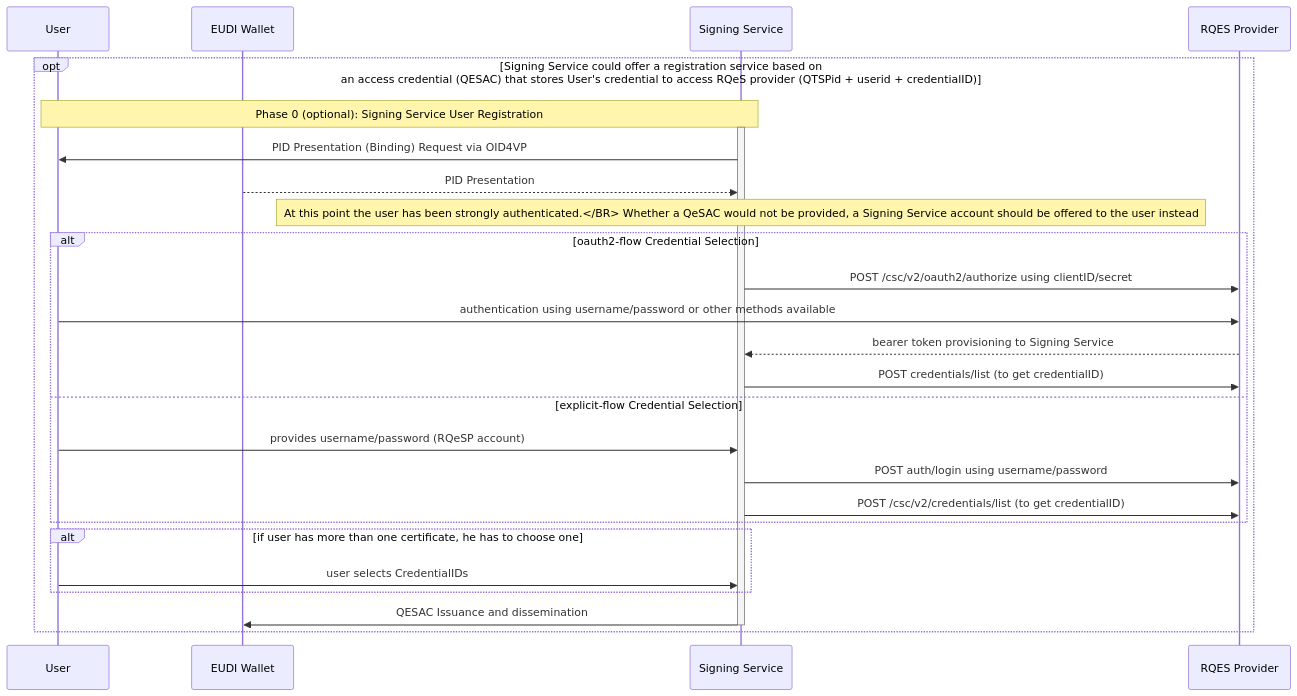
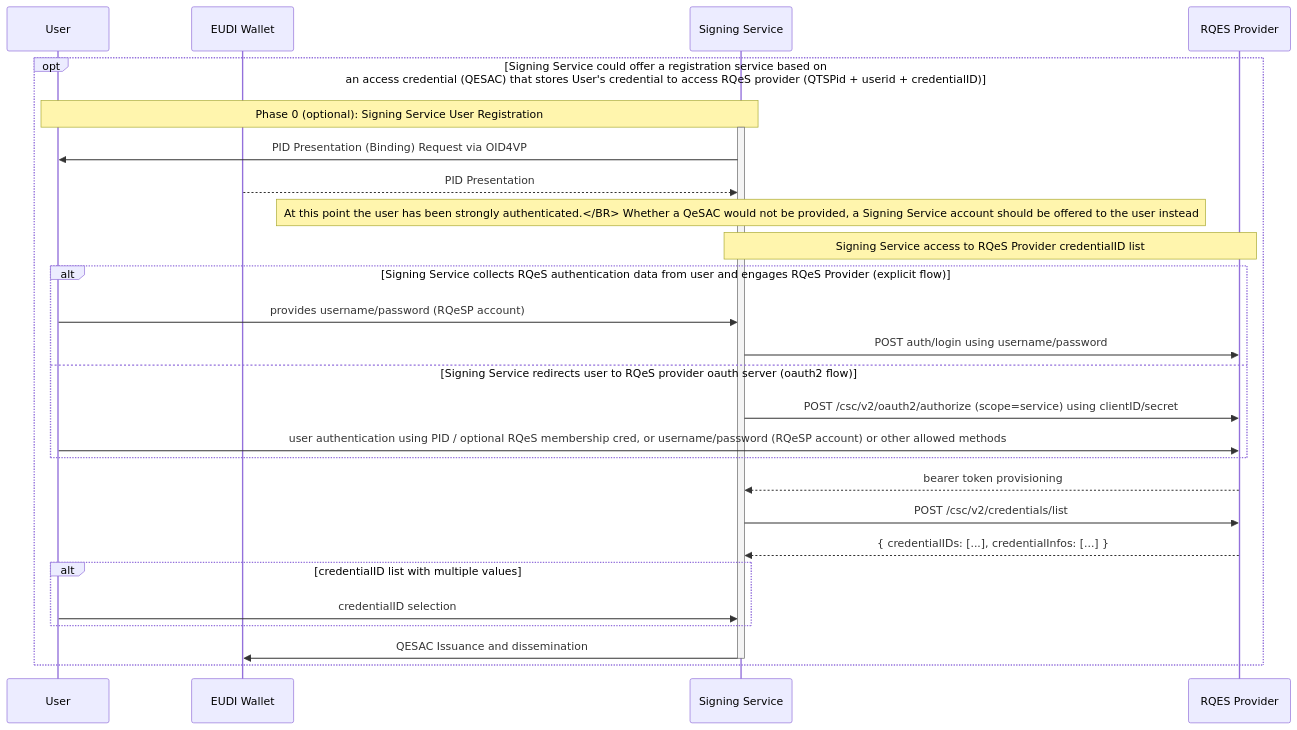
The second of 7 diagrams in ewc-rfc010-long-term-certifice-qes-creation.md (EWC-consortium/eudi-wallet-rfcs), drawn with Mermaid before and after one commit. The commit also changed other lines of this file, not shown here.

````diff
--- a/ewc-rfc010-long-term-certifice-qes-creation.md
+++ b/ewc-rfc010-long-term-certifice-qes-creation.md
@@ -180,30 +191,34 @@
 ```mermaid
    sequenceDiagram
   participant User
   participant EUDI Wallet
   participant Signing Service
 
-    opt Signing Service could offer a registration service based on <br/>an access credential (QESAC) that stores User's credential to access RQeS provider (QTSPid + userid + credentialID)
+opt Signing Service could offer a registration service based on <br/>an access credential (QESAC) that stores User's credential to access RQeS provider (QTSPid + userid + credentialID)
     Note over User, Signing Service: Phase 0 (optional): Signing Service User Registration
-      activate Signing Service
-      Signing Service->>User: PID Presentation (Binding) Request via OID4VP
-      EUDI Wallet-->>Signing Service: PID Presentation
-      Note over Signing Service: At this point the user has been strongly authenticated.</BR> Whether a QeSAC would not be provided, a Signing Service account should be offered to the user instead
-      alt  oauth2-flow Credential Selection
-        Signing Service->>RQES Provider: POST /csc/v2/oauth2/authorize using clientID/secret
-        User->>RQES Provider: authentication using username/password or other methods available
-        RQES Provider-->>Signing Service: bearer token provisioning to Signing Service
-        Signing Service->>RQES Provider: POST credentials/list (to get credentialID)
-      else explicit-flow Credential Selection
+    activate Signing Service
+    Signing Service->>User: PID Presentation (Binding) Request via OID4VP
+    EUDI Wallet-->>Signing Service: PID Presentation
+    
+    Note over Signing Service: At this point the user has been strongly authenticated.</BR> Whether a QeSAC would not be provided, a Signing Service account should be offered to the user instead
+      
+    Note over Signing Service, RQES Provider: Signing Service access to RQeS Provider credentialID list
+    alt Signing Service collects RQeS authentication data from user and engages RQeS Provider (explicit flow)
         User->>Signing Service: provides username/password (RQeSP account)
         Signing Service->>RQES Provider: POST auth/login using username/password
-        Signing Service->>RQES Provider: POST /csc/v2/credentials/list (to get credentialID)
-      end
-    alt if user has more than one certificate, he has to choose one
-      User->>Signing Service: user selects CredentialIDs
+    else Signing Service redirects user to RQeS provider oauth server (oauth2 flow)
+        Signing Service->>RQES Provider: POST /csc/v2/oauth2/authorize (scope=service) using clientID/secret
+        User->>RQES Provider: user authentication using PID / optional RQeS membership cred, or username/password (RQeSP account) or other allowed methods
+    end 
+    RQES Provider-->>Signing Service: bearer token provisioning
+    Signing Service->>RQES Provider: POST /csc/v2/credentials/list
+    RQES Provider-->>Signing Service: { credentialIDs: [...], credentialInfos: [...] }
+    alt credentialID list with multiple values
+        User->>Signing Service: credentialID selection
     end
+
     Signing Service->>EUDI Wallet: QESAC Issuance and dissemination
     deactivate Signing Service
     end
 
 ```
````
